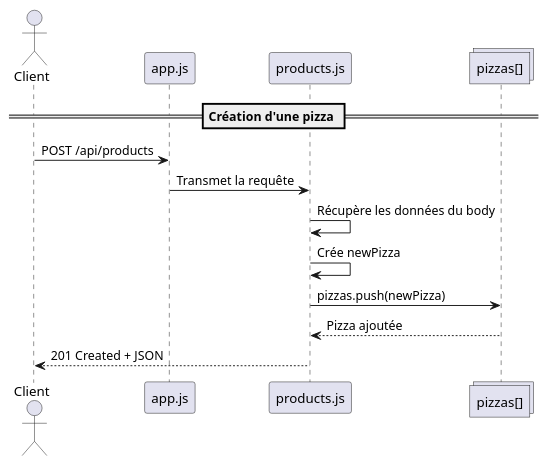
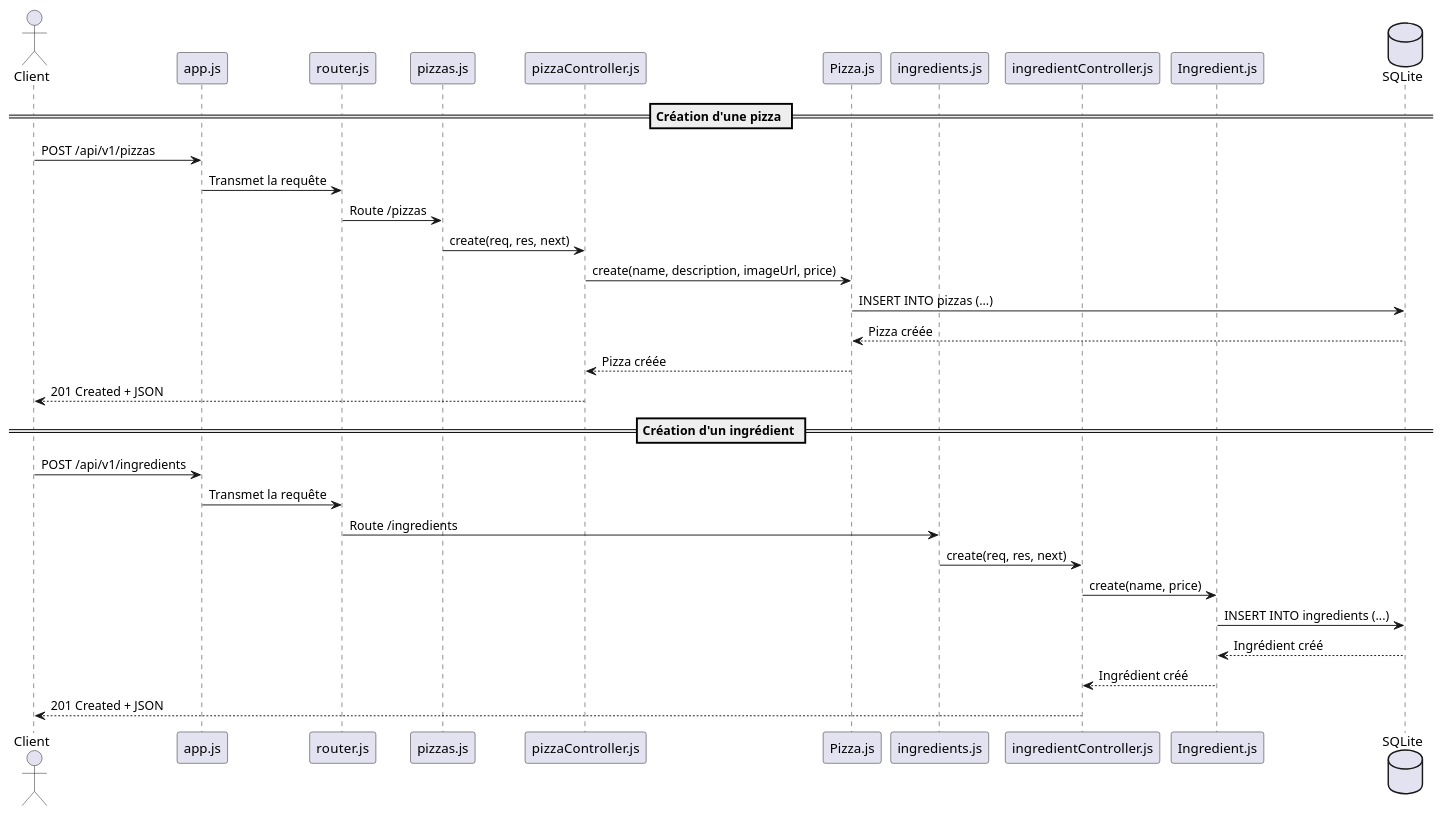
Before and after one commit to Merydian01/I321-Martini_Dylan: the diagram in docs/s.puml, drawn with PlantUML. The commit also changed 8 other files, not shown here.

```diff
--- a/docs/s.puml
+++ b/docs/s.puml
@@ -1,21 +1,47 @@
 @startuml
 
 actor Client
 participant "app.js" as App
-participant "products.js" as Products
-collections "pizzas[]" as Pizzas
+participant "router.js" as Router
+
+participant "pizzas.js" as PizzasRoute
+participant "pizzaController.js" as PizzaController
+participant "Pizza.js" as PizzaEntity
+
+participant "ingredients.js" as IngredientsRoute
+participant "ingredientController.js" as IngredientController
+participant "Ingredient.js" as IngredientEntity
+
+database "SQLite" as DB
 
 == Création d'une pizza ==
 
-Client -> App : POST /api/products
-App -> Products : Transmet la requête
+Client -> App : POST /api/v1/pizzas
+App -> Router : Transmet la requête
+Router -> PizzasRoute : Route /pizzas
 
-Products -> Products : Récupère les données du body
-Products -> Products : Crée newPizza
+PizzasRoute -> PizzaController : create(req, res, next)
+PizzaController -> PizzaEntity : create(name, description, imageUrl, price)
 
-Products -> Pizzas : pizzas.push(newPizza)
-Pizzas --> Products : Pizza ajoutée
+PizzaEntity -> DB : INSERT INTO pizzas (...)
+DB --> PizzaEntity : Pizza créée
 
-Products --> Client : 201 Created + JSON
+PizzaEntity --> PizzaController : Pizza créée
+PizzaController --> Client : 201 Created + JSON
+
+== Création d'un ingrédient ==
+
+Client -> App : POST /api/v1/ingredients
+App -> Router : Transmet la requête
+Router -> IngredientsRoute : Route /ingredients
+
+IngredientsRoute -> IngredientController : create(req, res, next)
+IngredientController -> IngredientEntity : create(name, price)
+
+IngredientEntity -> DB : INSERT INTO ingredients (...)
+DB --> IngredientEntity : Ingrédient créé
+
+IngredientEntity --> IngredientController : Ingrédient créé
+IngredientController --> Client : 201 Created + JSON
 
 @enduml
```
